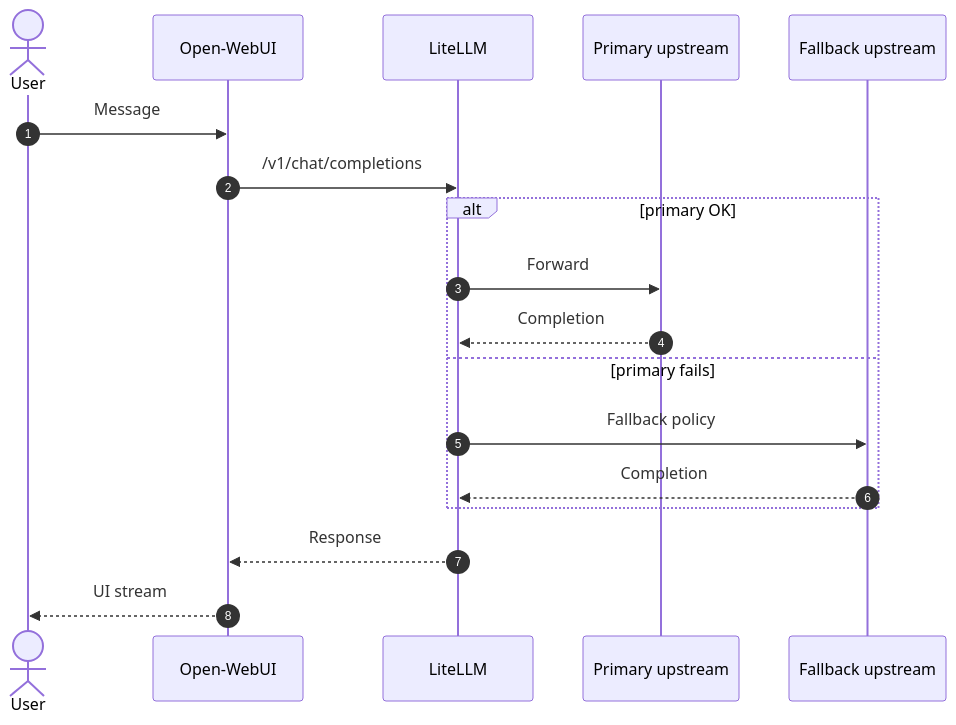
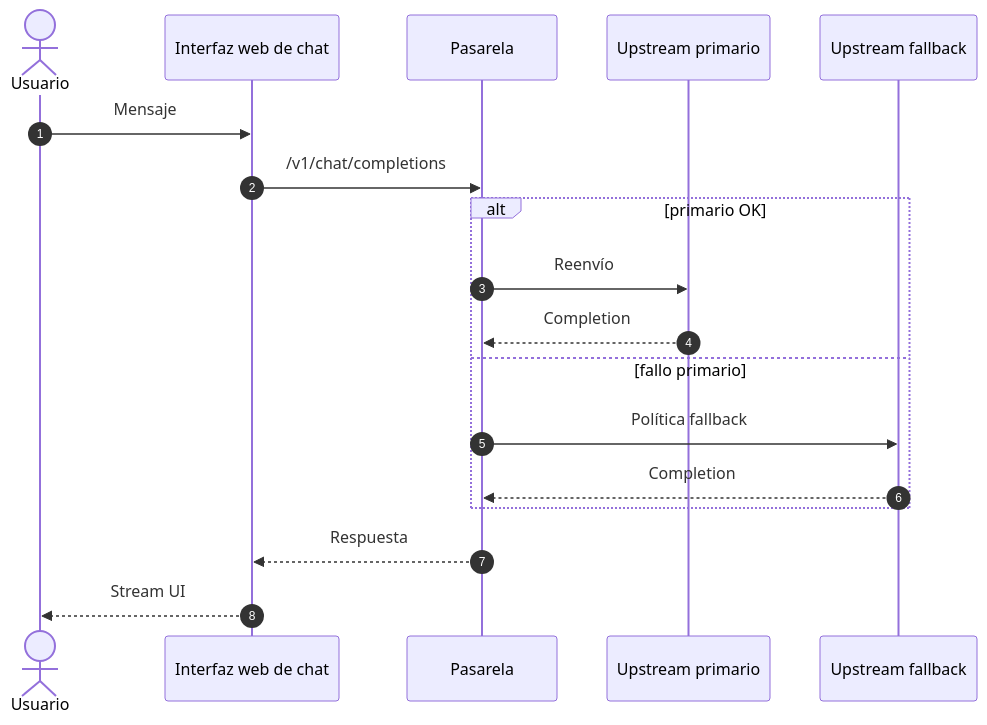
One commit to 13g4d0/docu-es changed the second of 3 diagrams in docs/as-built/sequence-requests.md. Above: the diagram before and after it, drawn with Mermaid. The commit also changed other lines of this file and 38 other files, not shown here.

````diff
--- a/docs/as-built/sequence-requests.md
+++ b/docs/as-built/sequence-requests.md
@@ -28,21 +28,21 @@
 ```mermaid
 sequenceDiagram
   autonumber
-  actor U as User
-  participant W as Open-WebUI
-  participant G as LiteLLM
-  participant P as Primary upstream
-  participant F as Fallback upstream
+  actor U as Usuario
+  participant W as Interfaz web de chat
+  participant G as Pasarela
+  participant P as Upstream primario
+  participant F as Upstream fallback
 
-  U->>W: Message
+  U->>W: Mensaje
   W->>G: /v1/chat/completions
-  alt primary OK
-    G->>P: Forward
+  alt primario OK
+    G->>P: Reenvío
     P-->>G: Completion
-  else primary fails
-    G->>F: Fallback policy
+  else fallo primario
+    G->>F: Política fallback
     F-->>G: Completion
   end
-  G-->>W: Response
-  W-->>U: UI stream
+  G-->>W: Respuesta
+  W-->>U: Stream UI
 ```
````
